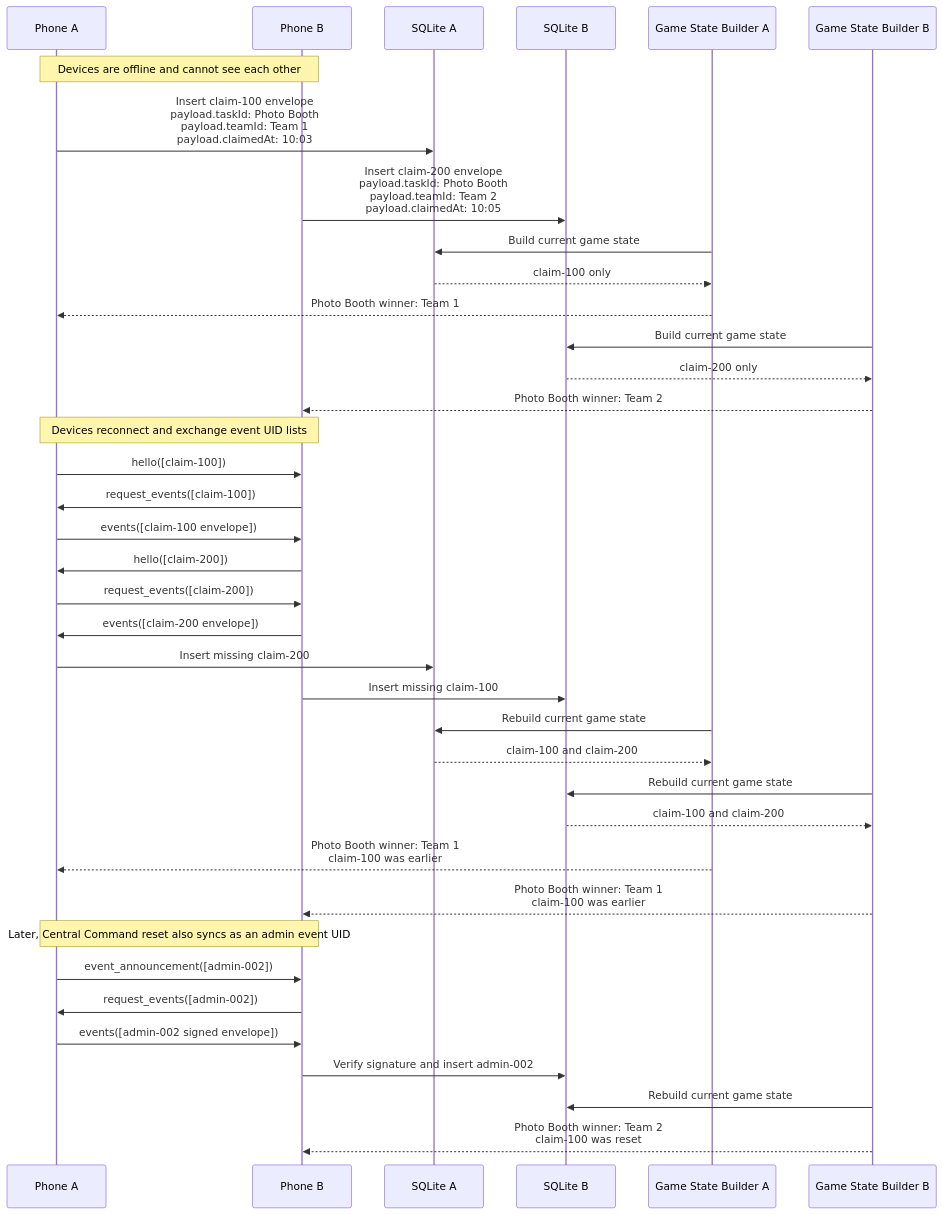
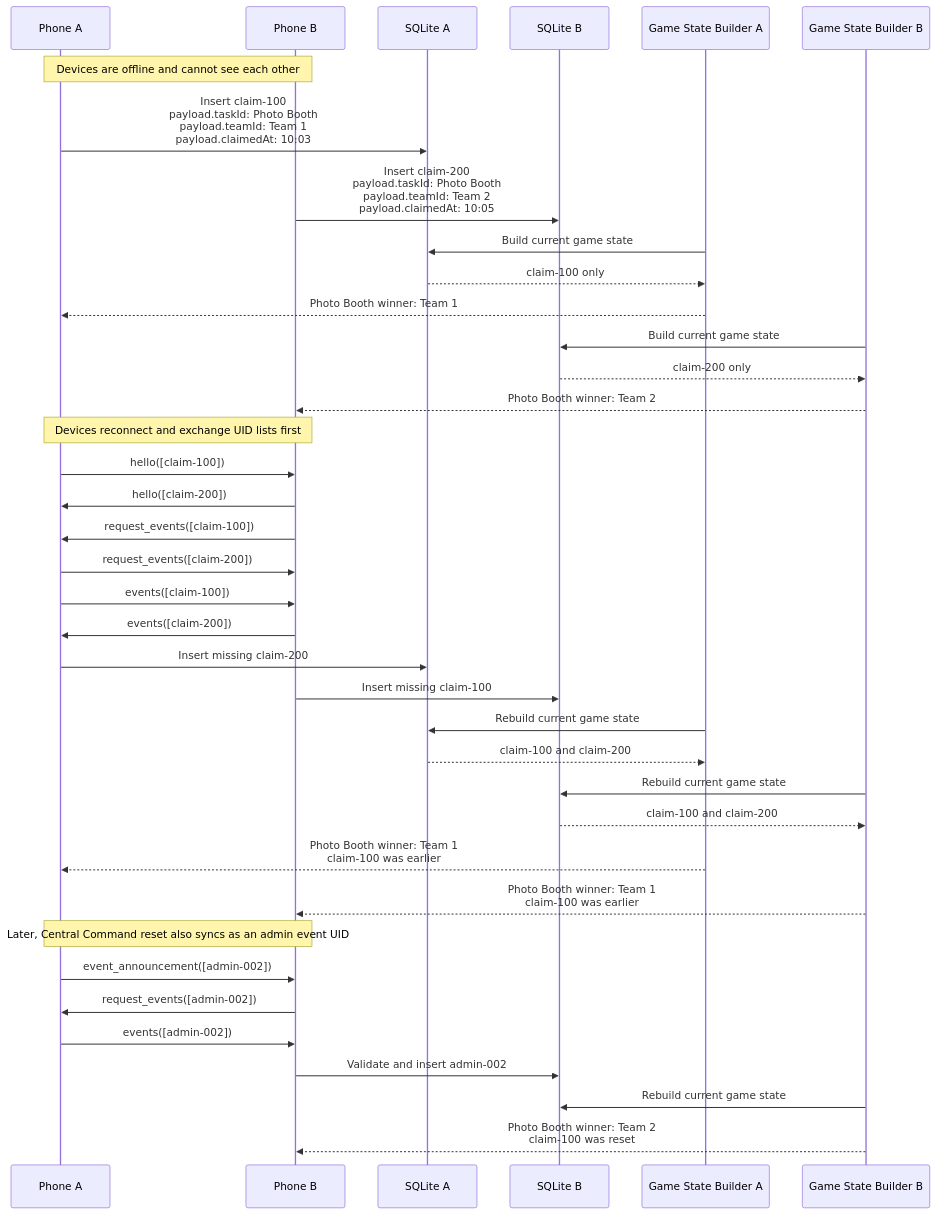
One commit to Gabriel-Gerdes/HumanHaunt changed the third of 5 diagrams in docs/design-doc-v1.md. Above: the diagram before and after it, drawn with Mermaid. The commit also changed other lines of this file, not shown here.

````diff
--- a/docs/design-doc-v1.md
+++ b/docs/design-doc-v1.md
@@ -507,44 +565,44 @@
 ```mermaid
 sequenceDiagram
   participant A as Phone A
   participant B as Phone B
   participant StoreA as SQLite A
   participant StoreB as SQLite B
   participant BuilderA as Game State Builder A
   participant BuilderB as Game State Builder B
 
   Note over A,B: Devices are offline and cannot see each other
-  A->>StoreA: Insert claim-100 envelope<br/>payload.taskId: Photo Booth<br/>payload.teamId: Team 1<br/>payload.claimedAt: 10:03
-  B->>StoreB: Insert claim-200 envelope<br/>payload.taskId: Photo Booth<br/>payload.teamId: Team 2<br/>payload.claimedAt: 10:05
+  A->>StoreA: Insert claim-100<br/>payload.taskId: Photo Booth<br/>payload.teamId: Team 1<br/>payload.claimedAt: 10:03
+  B->>StoreB: Insert claim-200<br/>payload.taskId: Photo Booth<br/>payload.teamId: Team 2<br/>payload.claimedAt: 10:05
   BuilderA->>StoreA: Build current game state
   StoreA-->>BuilderA: claim-100 only
   BuilderA-->>A: Photo Booth winner: Team 1
   BuilderB->>StoreB: Build current game state
   StoreB-->>BuilderB: claim-200 only
   BuilderB-->>B: Photo Booth winner: Team 2
 
-  Note over A,B: Devices reconnect and exchange event UID lists
+  Note over A,B: Devices reconnect and exchange UID lists first
   A->>B: hello([claim-100])
+  B->>A: hello([claim-200])
   B->>A: request_events([claim-100])
-  A->>B: events([claim-100 envelope])
-  B->>A: hello([claim-200])
   A->>B: request_events([claim-200])
-  B->>A: events([claim-200 envelope])
+  A->>B: events([claim-100])
+  B->>A: events([claim-200])
 
   A->>StoreA: Insert missing claim-200
   B->>StoreB: Insert missing claim-100
   BuilderA->>StoreA: Rebuild current game state
   StoreA-->>BuilderA: claim-100 and claim-200
   BuilderB->>StoreB: Rebuild current game state
   StoreB-->>BuilderB: claim-100 and claim-200
   BuilderA-->>A: Photo Booth winner: Team 1<br/>claim-100 was earlier
   BuilderB-->>B: Photo Booth winner: Team 1<br/>claim-100 was earlier
 
   Note over A,B: Later, Central Command reset also syncs as an admin event UID
   A->>B: event_announcement([admin-002])
   B->>A: request_events([admin-002])
-  A->>B: events([admin-002 signed envelope])
-  B->>StoreB: Verify signature and insert admin-002
+  A->>B: events([admin-002])
+  B->>StoreB: Validate and insert admin-002
   BuilderB->>StoreB: Rebuild current game state
   BuilderB-->>B: Photo Booth winner: Team 2<br/>claim-100 was reset
 ```
````
